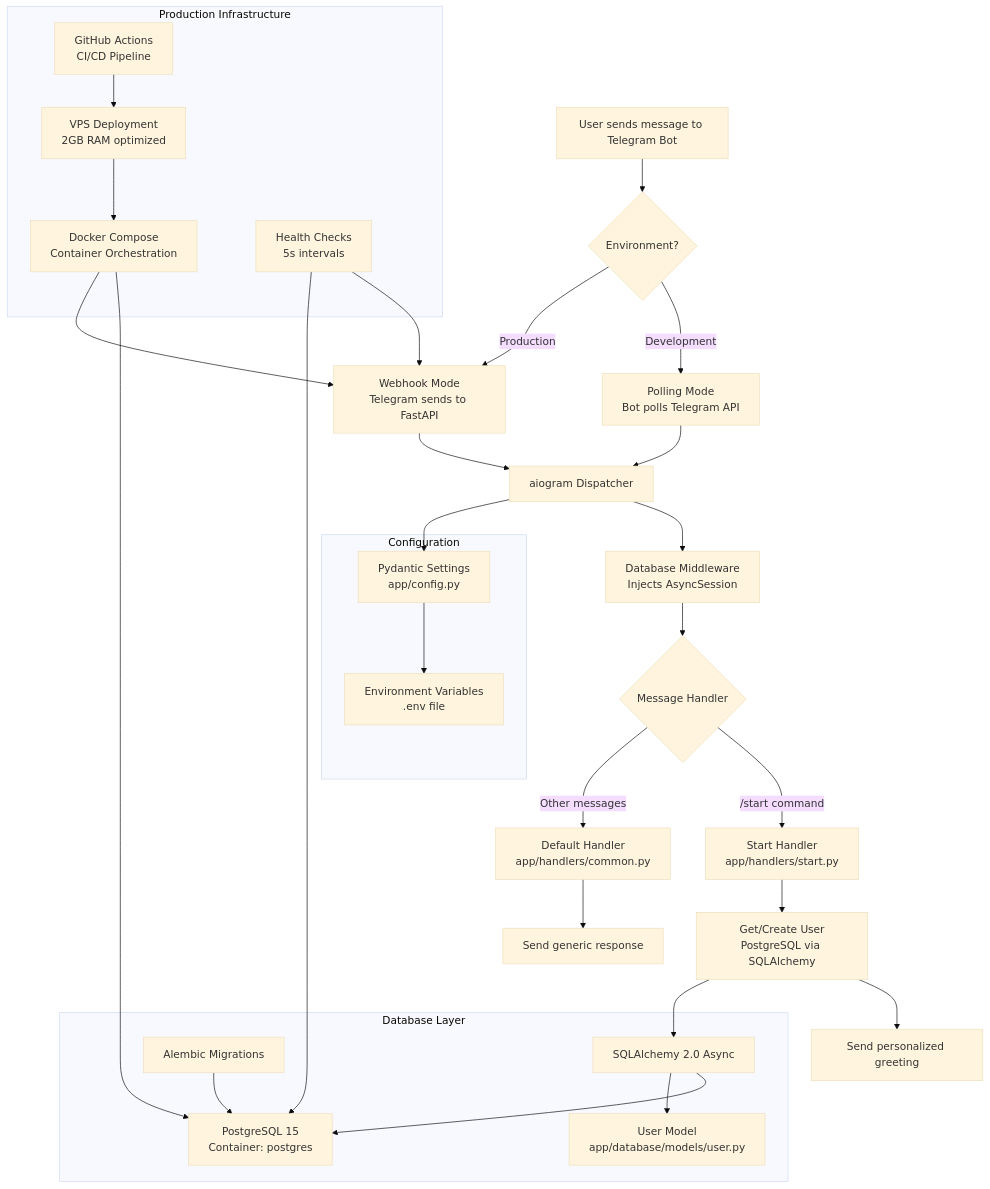
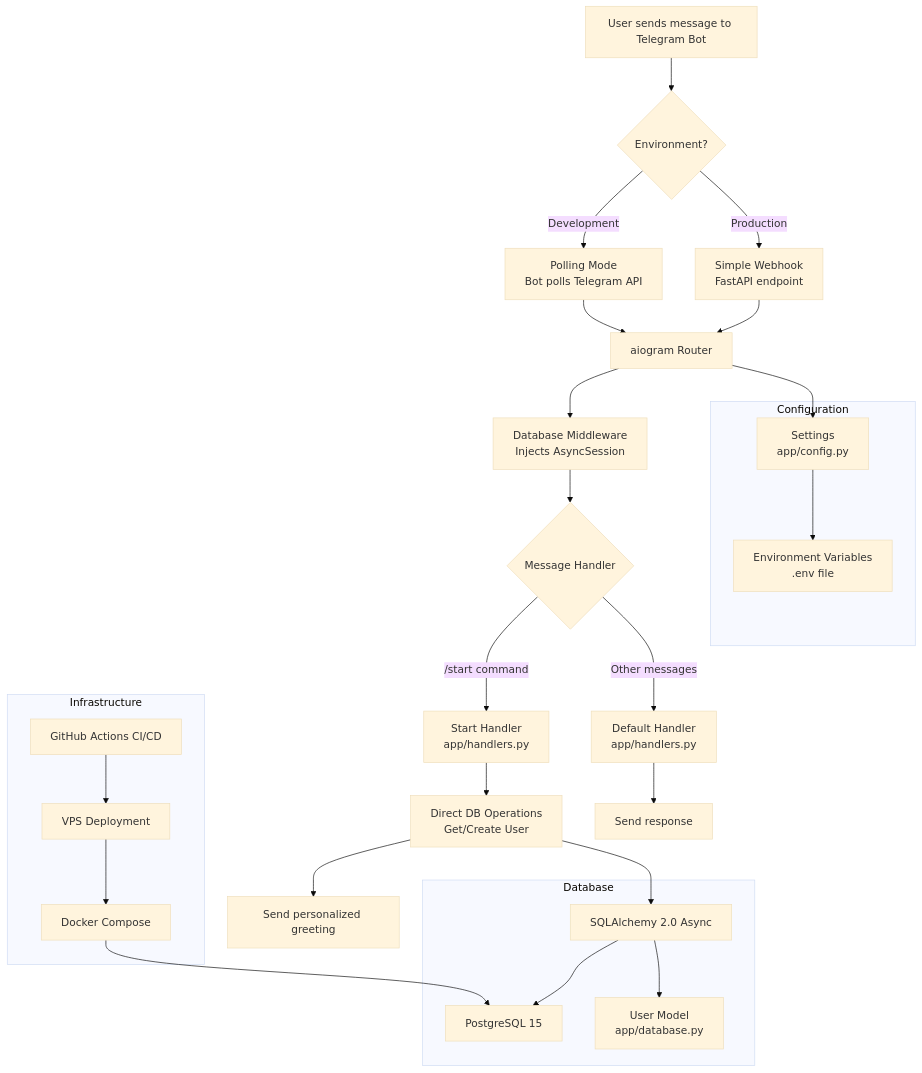
Before and after one commit to ivan-hilckov/hello-bot: the first of 2 diagrams in docs/ARCHITECTURE.md, drawn with Mermaid (base theme). The commit also changed other lines of this file and 14 other files, not shown here.

First line of the commit message:
refactor: overhaul Hello Bot architecture for simplicity

````diff
--- a/docs/ARCHITECTURE.md
+++ b/docs/ARCHITECTURE.md
@@ -7,55 +7,49 @@
 ```mermaid
 graph TD
     A[User sends message to Telegram Bot] --> B{Environment?}
 
     B -->|Development| C[Polling Mode<br/>Bot polls Telegram API]
-    B -->|Production| D[Webhook Mode<br/>Telegram sends to FastAPI]
+    B -->|Production| D[Simple Webhook<br/>FastAPI endpoint]
 
-    C --> E[aiogram Dispatcher]
+    C --> E[aiogram Router]
     D --> E
 
     E --> F[Database Middleware<br/>Injects AsyncSession]
     F --> G{Message Handler}
 
-    G -->|/start command| H[Start Handler<br/>app/handlers/start.py]
-    G -->|Other messages| I[Default Handler<br/>app/handlers/common.py]
+    G -->|/start command| H[Start Handler<br/>app/handlers.py]
+    G -->|Other messages| I[Default Handler<br/>app/handlers.py]
 
-    H --> J[Get/Create User<br/>PostgreSQL via SQLAlchemy]
-    I --> K[Send generic response]
+    H --> J[Direct DB Operations<br/>Get/Create User]
+    I --> K[Send response]
 
     J --> L[Send personalized greeting]
 
-    subgraph "Database Layer"
-        M[PostgreSQL 15<br/>Container: postgres]
+    subgraph "Database"
+        M[PostgreSQL 15]
         N[SQLAlchemy 2.0 Async]
-        O[Alembic Migrations]
-        P[User Model<br/>app/database/models/user.py]
+        O[User Model<br/>app/database.py]
     end
 
     J --> N
     N --> M
-    O --> M
-    N --> P
+    N --> O
 
     subgraph "Configuration"
-        Q[Pydantic Settings<br/>app/config.py]
-        R[Environment Variables<br/>.env file]
+        P[Settings<br/>app/config.py]
+        Q[Environment Variables<br/>.env file]
     end
 
-    Q --> R
-    E --> Q
+    P --> Q
+    E --> P
 
-    subgraph "Production Infrastructure"
-        S[Docker Compose<br/>Container Orchestration]
-        T[Health Checks<br/>5s intervals]
-        U[GitHub Actions<br/>CI/CD Pipeline]
-        V[VPS Deployment<br/>2GB RAM optimized]
+    subgraph "Infrastructure"
+        R[Docker Compose]
+        S[GitHub Actions CI/CD]
+        T[VPS Deployment]
     end
 
-    S --> M
-    S --> D
-    T --> D
-    T --> M
-    U --> V
-    V --> S
+    R --> M
+    S --> T
+    T --> R
 ```
````
